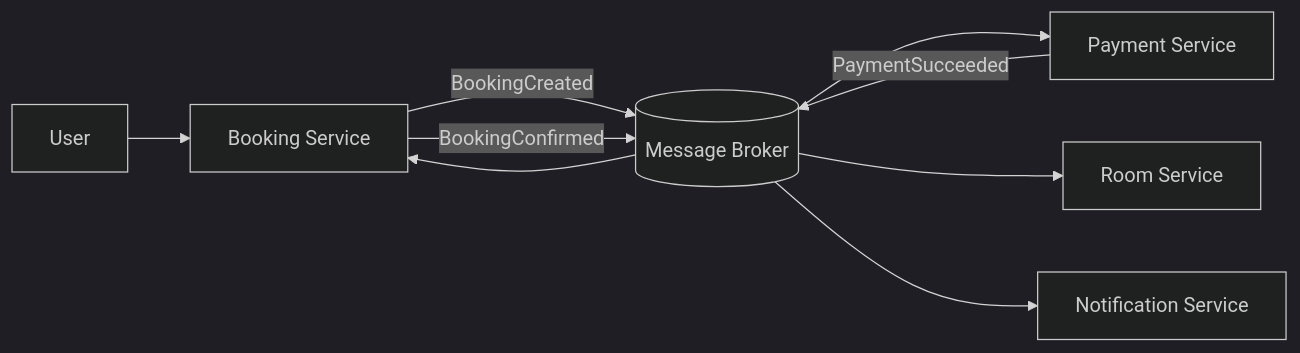
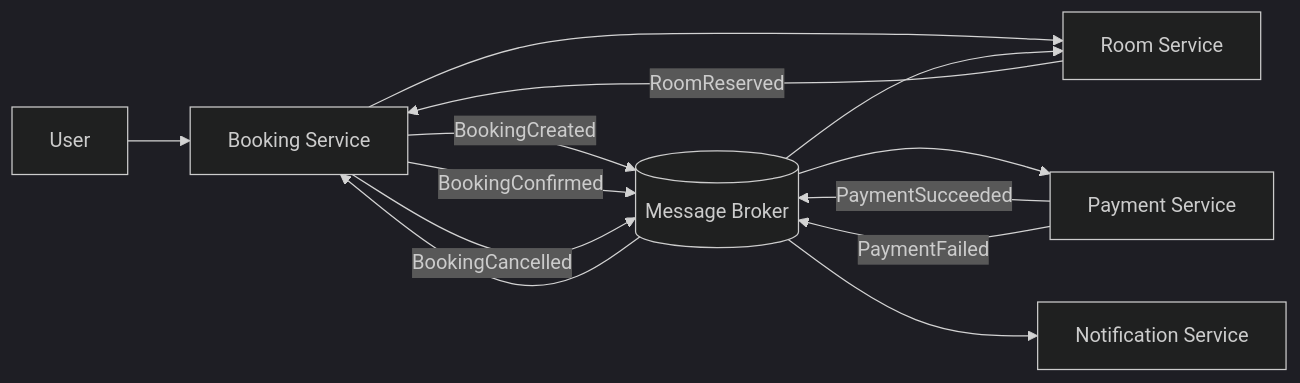
One commit to bangit14/WebBanHang-Project changed the first of 6 diagrams in analysis-and-design-ddd.md. Above: the diagram before and after it, drawn with Mermaid (dark theme). The commit also changed other lines of this file, not shown here.

````diff
--- a/analysis-and-design-ddd.md
+++ b/analysis-and-design-ddd.md
@@ -38,11 +38,20 @@
 ```mermaid
 flowchart LR
     U[User] --> B[Booking Service]
+    B --> R[Room Service]
+    R -->|RoomReserved| B
+
     B -->|BookingCreated| MQ[(Message Broker)]
     MQ --> P[Payment Service]
+
     P -->|PaymentSucceeded| MQ
+    P -->|PaymentFailed| MQ
+
     MQ --> B
+
     B -->|BookingConfirmed| MQ
+    B -->|BookingCancelled| MQ
+
     MQ --> R[Room Service]
     MQ --> N[Notification Service]
 ```
````
